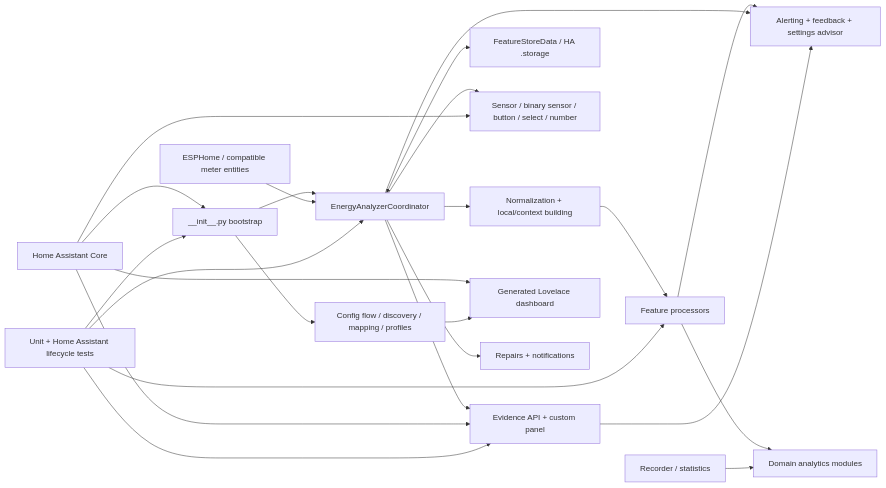
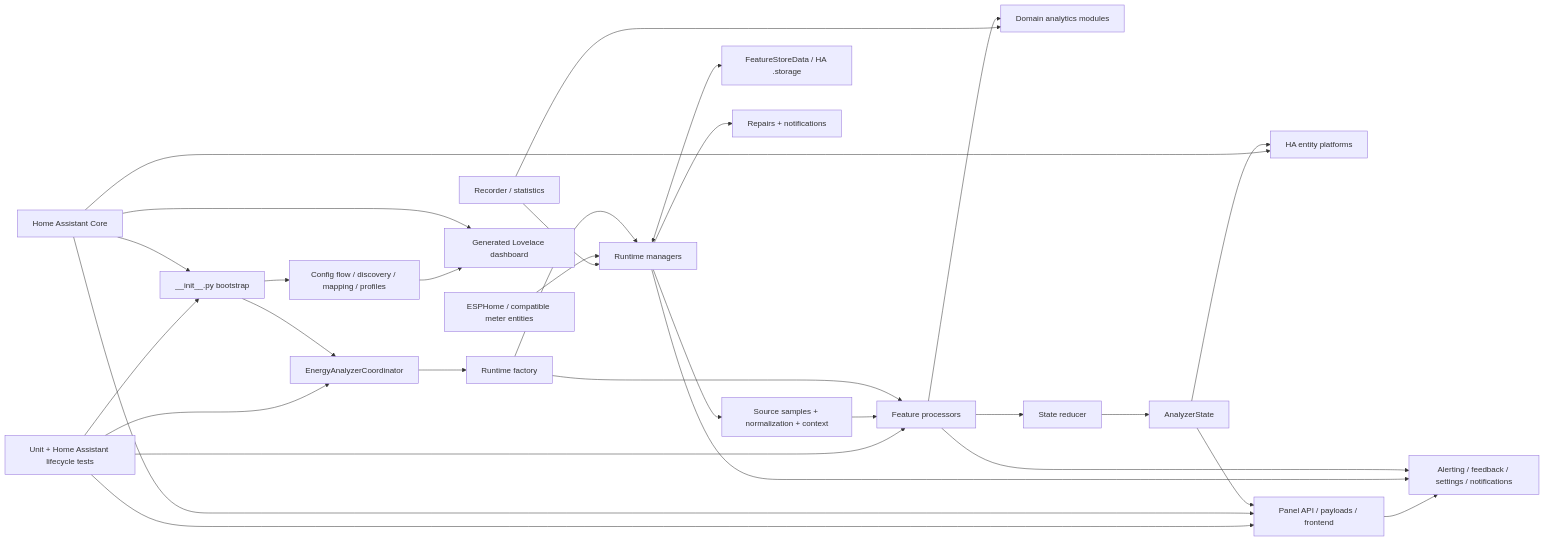
Before and after one commit to CircuitSetup/CircuitSetup-Energy-Analyzer: the diagram in docs/codegraph/CODEGRAPH.md, drawn with Mermaid. The commit also changed other lines of this file, not shown here.

````diff
--- a/docs/codegraph/CODEGRAPH.md
+++ b/docs/codegraph/CODEGRAPH.md
@@ -32,43 +32,53 @@
 ```mermaid
 flowchart LR
   SRC[ESPHome / compatible meter entities]
   HA[Home Assistant Core]
   BOOT[__init__.py bootstrap]
   CFG[Config flow / discovery / mapping / profiles]
   COORD[EnergyAnalyzerCoordinator]
-  NORM[Normalization + local/context building]
+  FACTORY[Runtime factory]
+  MANAGER[Runtime managers]
+  NORM[Source samples + normalization + context]
   PROC[Feature processors]
   FEATURES[Domain analytics modules]
-  ALERT[Alerting + feedback + settings advisor]
+  REDUCE[State reducer]
+  STATE[AnalyzerState]
+  ALERT[Alerting / feedback / settings / notifications]
   STORE[FeatureStoreData / HA .storage]
-  ENT[Sensor / binary sensor / button / select / number]
-  PANEL[Evidence API + custom panel]
+  ENT[HA entity platforms]
+  PANEL[Panel API / payloads / frontend]
   DASH[Generated Lovelace dashboard]
   REPAIR[Repairs + notifications]
   REC[Recorder / statistics]
   TEST[Unit + Home Assistant lifecycle tests]
 
   HA --> BOOT
   BOOT --> CFG
   BOOT --> COORD
-  SRC --> COORD
-  COORD --> NORM
+  COORD --> FACTORY
+  FACTORY --> MANAGER
+  FACTORY --> PROC
+  SRC --> MANAGER
+  MANAGER --> NORM
   NORM --> PROC
   PROC --> FEATURES
   PROC --> ALERT
-  COORD --> ALERT
-  COORD <--> STORE
-  COORD --> ENT
-  COORD --> PANEL
+  PROC --> REDUCE
+  REDUCE --> STATE
+  MANAGER --> ALERT
+  MANAGER <--> STORE
+  STATE --> ENT
+  STATE --> PANEL
   PANEL --> ALERT
   HA --> ENT
   HA --> PANEL
   HA --> DASH
-  COORD --> REPAIR
+  MANAGER --> REPAIR
   REC --> FEATURES
+  REC --> MANAGER
   CFG --> DASH
   TEST --> BOOT
   TEST --> COORD
   TEST --> PROC
   TEST --> PANEL
 ```
````
